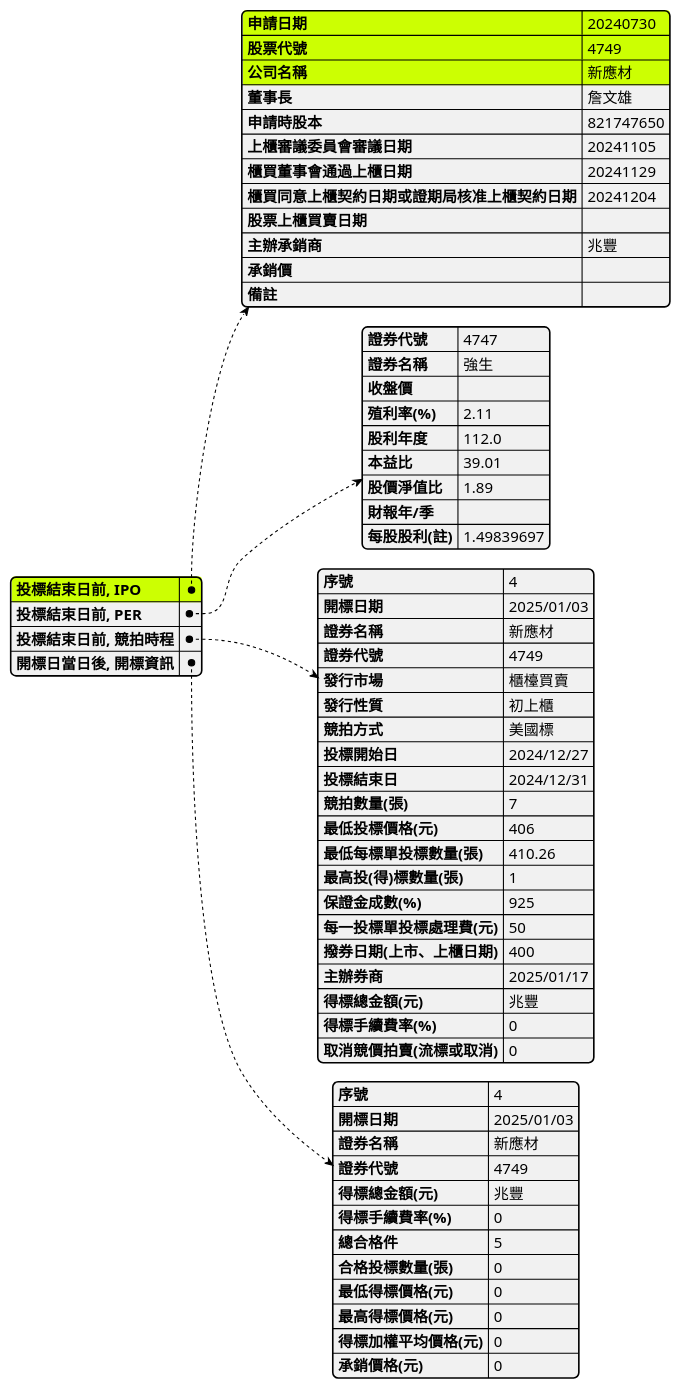
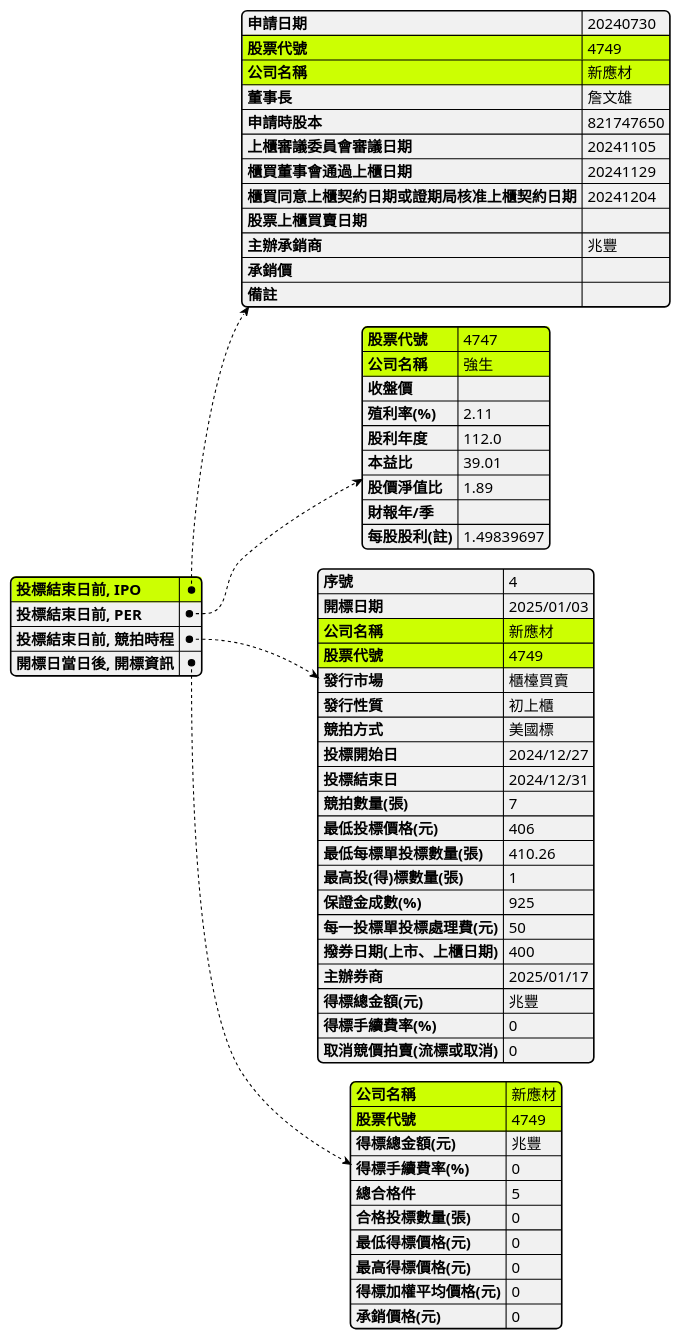
The diagram in IPO.plantuml (wenchiehlee/Selenium-Actions.Auction), drawn with PlantUML before and after one commit.

```diff
--- a/IPO.plantuml
+++ b/IPO.plantuml
@@ -1,78 +1,84 @@
 @startjson
 
 skinparam BoxPadding 10
 skinparam actorStyle awesome
 skinparam LegendBorderThickness 1
 skinparam backgroundColor transparent
 
 #highlight  "投標結束日前, IPO"
-#highlight  "投標結束日前, IPO" / "申請日期"
 #highlight  "投標結束日前, IPO" / "股票代號"
 #highlight  "投標結束日前, IPO" / "公司名稱"
 
+
+#highlight  "投標結束日前, PER" / "股票代號"
+#highlight  "投標結束日前, PER" / "公司名稱"
+
+#highlight  "投標結束日前, 競拍時程" / "股票代號"
+#highlight  "投標結束日前, 競拍時程" / "公司名稱"
+
+#highlight  "開標日當日後, 開標資訊" / "股票代號"
+#highlight  "開標日當日後, 開標資訊" / "公司名稱"
 
 {
   "投標結束日前, IPO": {
     "申請日期": "20240730",
     "股票代號": "4749",
     "公司名稱": "新應材",
     "董事長": "詹文雄",
     "申請時股本": "821747650",
     "上櫃審議委員會審議日期": "20241105",
     "櫃買董事會通過上櫃日期": "20241129",
     "櫃買同意上櫃契約日期或證期局核准上櫃契約日期": "20241204",
     "股票上櫃買賣日期": "",
     "主辦承銷商": "兆豐",
     "承銷價": "",
     "備註": ""
   },
 
   "投標結束日前, PER": {
-    "證券代號": 4747,
-    "證券名稱": "強生",
+    "股票代號": 4747,
+    "公司名稱": "強生",
     "收盤價": "",
     "殖利率(%)": 2.11,
     "股利年度": 112.0,
     "本益比": 39.01,
     "股價淨值比": 1.89,
     "財報年/季": "",
     "每股股利(註)": 1.49839697
   },
   "投標結束日前, 競拍時程": {
     "序號": "4",
     "開標日期": "2025/01/03",
-    "證券名稱": "新應材",
-    "證券代號": "4749",
+    "公司名稱": "新應材",
+    "股票代號": "4749",
     "發行市場": "櫃檯買賣",
     "發行性質": "初上櫃",
     "競拍方式": "美國標",
     "投標開始日": "2024/12/27",
     "投標結束日": "2024/12/31",
     "競拍數量(張)": 7,
     "最低投標價格(元)": 406,
     "最低每標單投標數量(張)": 410.26,
     "最高投(得)標數量(張)": 1,
     "保證金成數(%)": 925,
     "每一投標單投標處理費(元)": 50,
     "撥券日期(上市、上櫃日期)": 400,
     "主辦券商": "2025/01/17",
     "得標總金額(元)": "兆豐",
     "得標手續費率(%)": 0,
     "取消競價拍賣(流標或取消)": 0
   },
   "開標日當日後, 開標資訊": {
-    "序號": "4",
-    "開標日期": "2025/01/03",
-    "證券名稱": "新應材",
-    "證券代號": "4749",
+    "公司名稱": "新應材",
+    "股票代號": "4749",
     "得標總金額(元)": "兆豐",
     "得標手續費率(%)": 0,
     "總合格件": 5,
     "合格投標數量(張)": 0,
     "最低得標價格(元)": 0,
     "最高得標價格(元)": 0,
     "得標加權平均價格(元)": 0,
     "承銷價格(元)": 0
   }
 }
 @endjson
```
